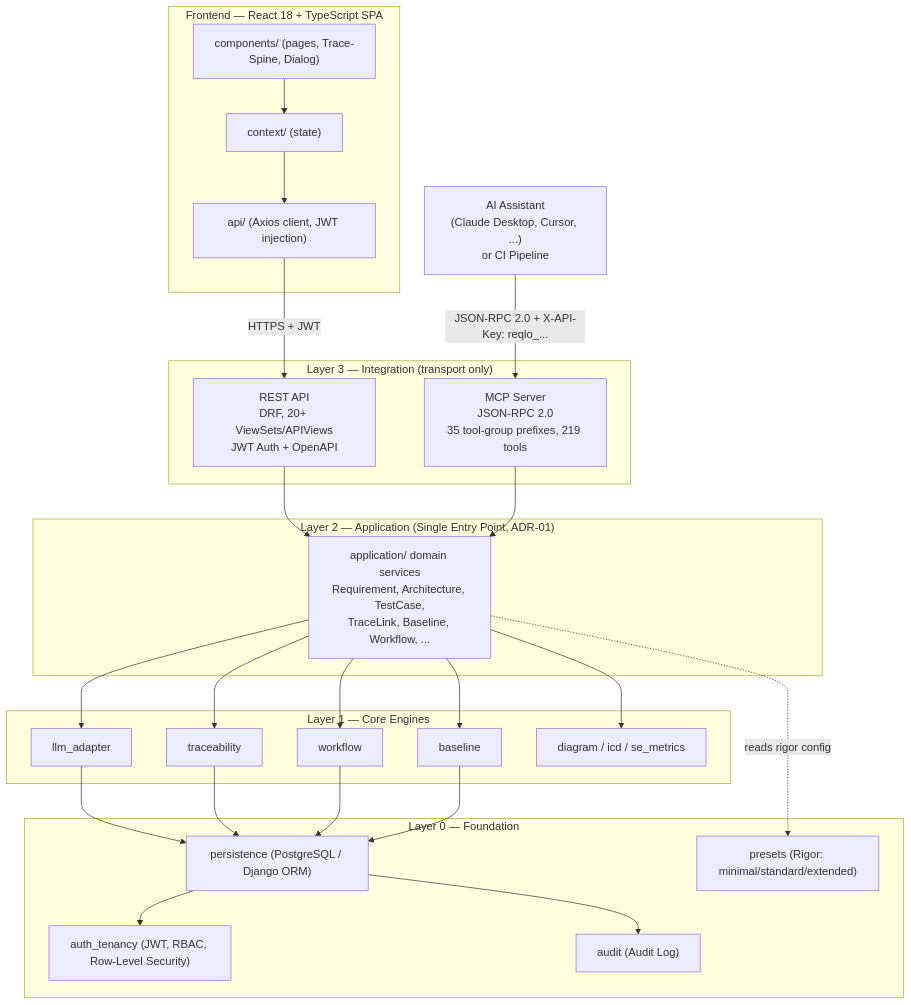
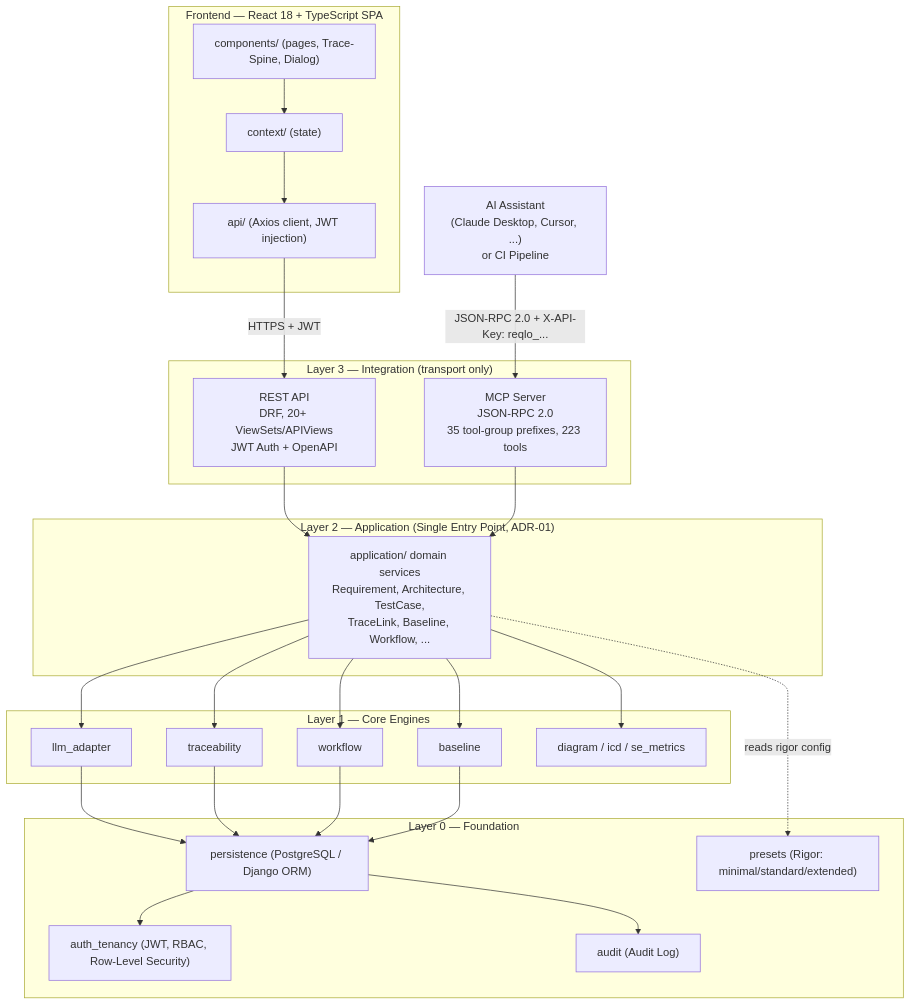
The first of 3 diagrams in README.md (Popoboxxo/ReqogniLoom), drawn with Mermaid before and after one commit. The commit also changed other lines of this file and 24 other files, not shown here.

````diff
--- a/README.md
+++ b/README.md
@@ -101,53 +101,53 @@
 ```mermaid
 graph TD
     subgraph FE["Frontend — React 18 + TypeScript SPA"]
         UI["components/ (pages, Trace-Spine, Dialog)"]
         CTX["context/ (state)"]
         APICLIENT["api/ (Axios client, JWT injection)"]
         UI --> CTX --> APICLIENT
     end
 
     EXT["AI Assistant<br/>(Claude Desktop, Cursor, ...)<br/>or CI Pipeline"]
 
     subgraph L3["Layer 3 — Integration (transport only)"]
         REST["REST API<br/>DRF, 20+ ViewSets/APIViews<br/>JWT Auth + OpenAPI"]
-        MCP["MCP Server<br/>JSON-RPC 2.0<br/>35 tool-group prefixes, 219 tools"]
+        MCP["MCP Server<br/>JSON-RPC 2.0<br/>35 tool-group prefixes, 223 tools"]
     end
 
     subgraph L2["Layer 2 — Application (Single Entry Point, ADR-01)"]
         APP["application/ domain services<br/>Requirement, Architecture, TestCase,<br/>TraceLink, Baseline, Workflow, ..."]
     end
 
     subgraph L1["Layer 1 — Core Engines"]
         LLM["llm_adapter"]
         TRACE["traceability"]
         WF["workflow"]
         BASE["baseline"]
         DIAG["diagram / icd / se_metrics"]
     end
 
     subgraph L0["Layer 0 — Foundation"]
         PERSIST["persistence (PostgreSQL / Django ORM)"]
         AUTH["auth_tenancy (JWT, RBAC, Row-Level Security)"]
         PRESET["presets (Rigor: minimal/standard/extended)"]
         AUDIT["audit (Audit Log)"]
     end
 
     APICLIENT -->|"HTTPS + JWT"| REST
     EXT -->|"JSON-RPC 2.0 + X-API-Key: reqlo_..."| MCP
 
     REST --> APP
     MCP --> APP
     APP --> LLM
     APP --> TRACE
     APP --> WF
     APP --> BASE
     APP --> DIAG
     APP -.->|"reads rigor config"| PRESET
     LLM --> PERSIST
     TRACE --> PERSIST
     WF --> PERSIST
     BASE --> PERSIST
     PERSIST --> AUTH
     PERSIST --> AUDIT
 ```
````
